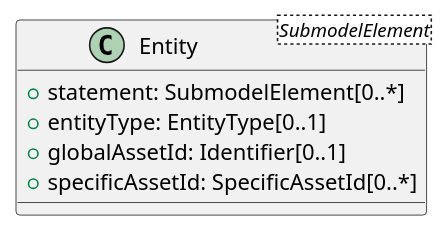
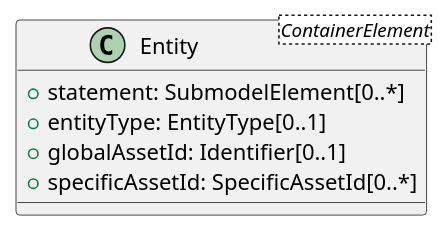
Before and after one commit to admin-shell-io/aas-specs: the diagram in documentation/IDTA-01001/modules/ROOT/partials/diagrams/classes/entity.puml, drawn with PlantUML. The commit also changed 3 other files, not shown here.

Commit message:
inherit from ContainerElement, not from SubmodelElement

```diff
--- a/documentation/IDTA-01001/modules/ROOT/partials/diagrams/classes/entity.puml
+++ b/documentation/IDTA-01001/modules/ROOT/partials/diagrams/classes/entity.puml
@@ -1,8 +1,8 @@
 @startuml
-class Entity<SubmodelElement> {
+class Entity<ContainerElement> {
   +statement: SubmodelElement[0..*]
   +entityType: EntityType[0..1]
   +globalAssetId: Identifier[0..1]
   +specificAssetId: SpecificAssetId[0..*]
 }
 @enduml
```
